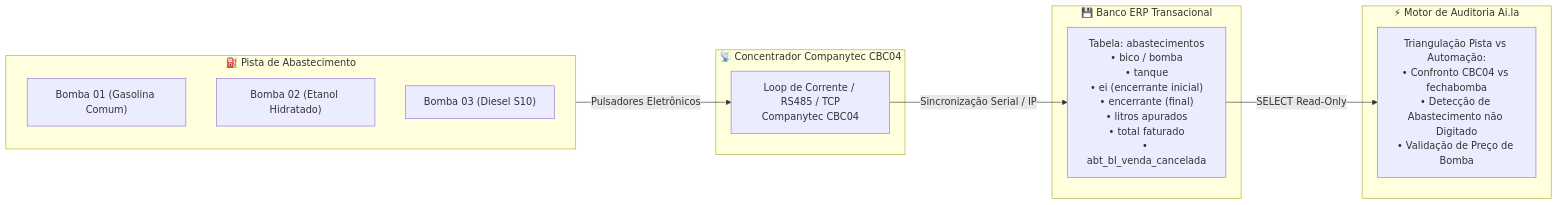
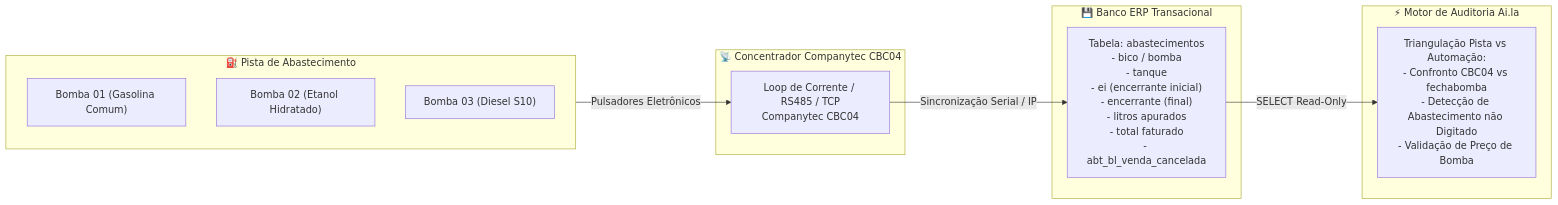
Before and after one commit to marlonhms/IA-Local: the sixth of 6 diagrams in README.md, drawn with Mermaid. The commit also changed other lines of this file and 2 other files, not shown here.

Commit message:
fix: corrigir renderizacao mermaid no readme e resiliencia de execucao no server

````diff
--- a/README.md
+++ b/README.md
@@ -313,24 +313,24 @@
 ```mermaid
 flowchart LR
     subgraph PISTA["⛽ Pista de Abastecimento"]
         BOMBA1["Bomba 01 (Gasolina Comum)"]
         BOMBA2["Bomba 02 (Etanol Hidratado)"]
         BOMBA3["Bomba 03 (Diesel S10)"]
     end
 
     subgraph HARDWARE["📡 Concentrador Companytec CBC04"]
-        CBC["Loop de Corrente / RS485 / TCP\nCompanytec CBC04"]
+        CBC["Loop de Corrente / RS485 / TCP<br/>Companytec CBC04"]
     end
 
     subgraph ERP_DB["💾 Banco ERP Transacional"]
-        TAB_ABAST["Tabela: abastecimentos\n• bico / bomba\n• tanque\n• ei (encerrante inicial)\n• encerrante (final)\n• litros apurados\n• total faturado\n• abt_bl_venda_cancelada"]
+        TAB_ABAST["Tabela: abastecimentos<br/>- bico / bomba<br/>- tanque<br/>- ei (encerrante inicial)<br/>- encerrante (final)<br/>- litros apurados<br/>- total faturado<br/>- abt_bl_venda_cancelada"]
     end
 
     subgraph AILA["⚡ Motor de Auditoria Ai.la"]
-        AUDITOR["Triangulação Pista vs Automação:\n• Confronto CBC04 vs fechabomba\n• Detecção de Abastecimento não Digitado\n• Validação de Preço de Bomba"]
+        AUDITOR["Triangulação Pista vs Automação:<br/>- Confronto CBC04 vs fechabomba<br/>- Detecção de Abastecimento não Digitado<br/>- Validação de Preço de Bomba"]
     end
 
-    PISTA -->|Pulsadores Eletrônicos| CBC
-    CBC -->|Sincronização Serial / IP| TAB_ABAST
-    TAB_ABAST -->|SELECT Read-Only| AUDITOR
+    PISTA -->|"Pulsadores Eletrônicos"| CBC
+    CBC -->|"Sincronização Serial / IP"| TAB_ABAST
+    TAB_ABAST -->|"SELECT Read-Only"| AUDITOR
 ```
````
